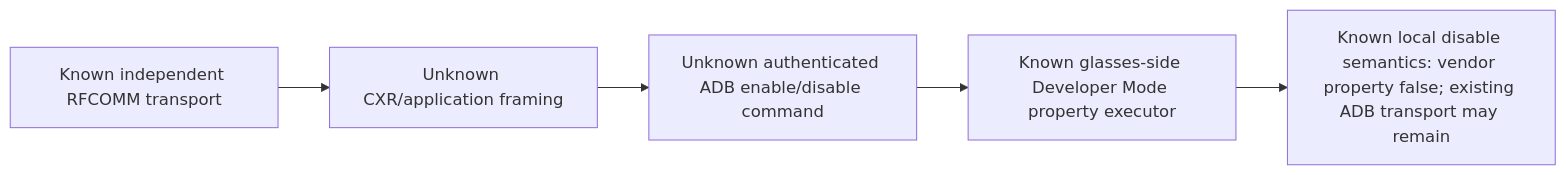
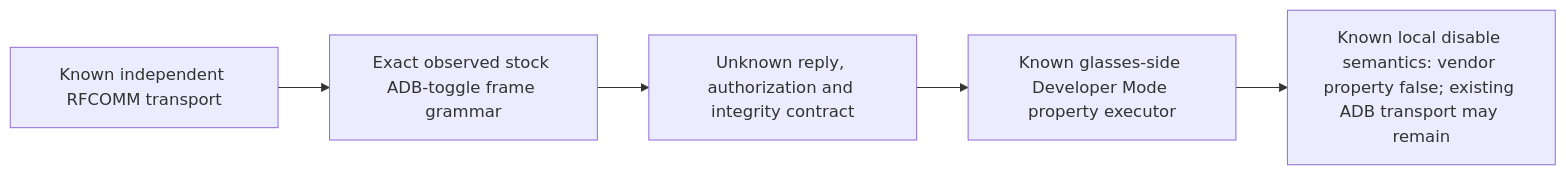
One commit to aimindseye/rokid-ai-glasses changed the third of 3 diagrams in ARCHITECTURE.md. Above: the diagram before and after it, drawn with Mermaid. The commit also changed other lines of this file and 41 other files, not shown here.

Commit message:
docs(research): publish sanitized stock ADB toggle findings

````diff
--- a/ARCHITECTURE.md
+++ b/ARCHITECTURE.md
@@ -70,7 +71,7 @@
 ```mermaid
 flowchart LR
-    K[Known independent RFCOMM transport] --> F[Unknown CXR/application framing]
-    F --> A[Unknown authenticated ADB enable/disable command]
-    A --> D[Known glasses-side Developer Mode property executor]
+    K[Known independent RFCOMM transport] --> F[Exact observed stock ADB-toggle frame grammar]
+    F --> Q[Unknown reply, authorization and integrity contract]
+    Q --> D[Known glasses-side Developer Mode property executor]
     D --> S[Known local disable semantics: vendor property false; existing ADB transport may remain]
 ```
````
